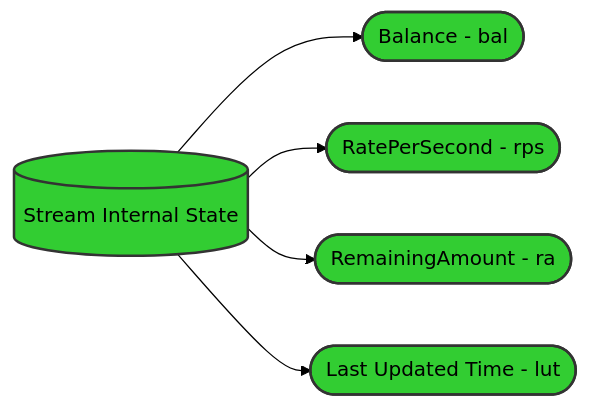
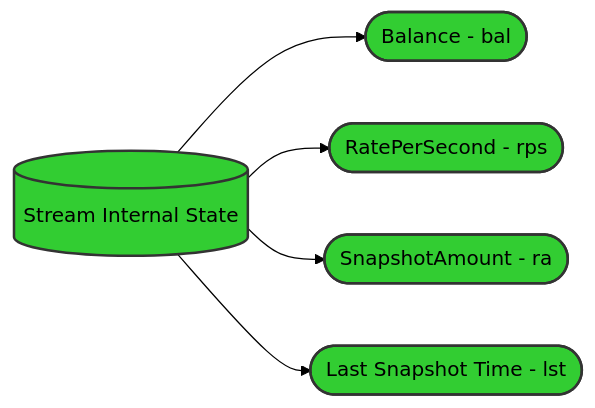
One commit to sablier-labs/flow changed the third of 8 diagrams in diagrams.md. Above: the diagram before and after it, drawn with Mermaid (forest theme). The commit also changed other lines of this file and 45 other files, not shown here.

First line of the commit message:
refactor: rename "lastUpdatedTime" to "snapshotTime"

````diff
--- a/diagrams.md
+++ b/diagrams.md
@@ -133,15 +133,15 @@
 ```mermaid
 flowchart LR
     stream[(Stream Internal State)]:::green
     bal([Balance - bal]):::green
     rps([RatePerSecond - rps]):::green
-    ra([RemainingAmount - ra]):::green
-    lut([Last Updated Time - lut]):::green
+    ra([SnapshotAmount - ra]):::green
+    lst([Last Snapshot Time - lst]):::green
 
     stream --> bal
     stream --> rps
     stream --> ra
-    stream --> lut
+    stream --> lst
 
     classDef green fill:#32cd32,stroke:#333,stroke-width:2px;
 ```
````
